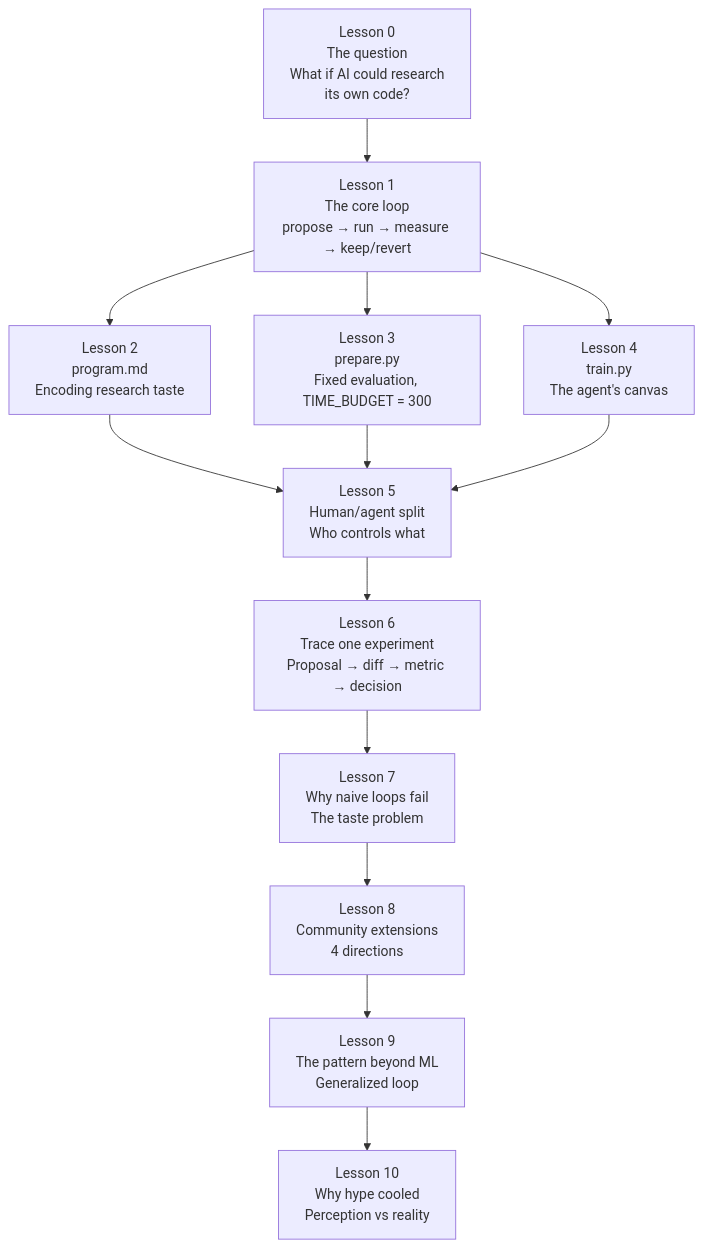
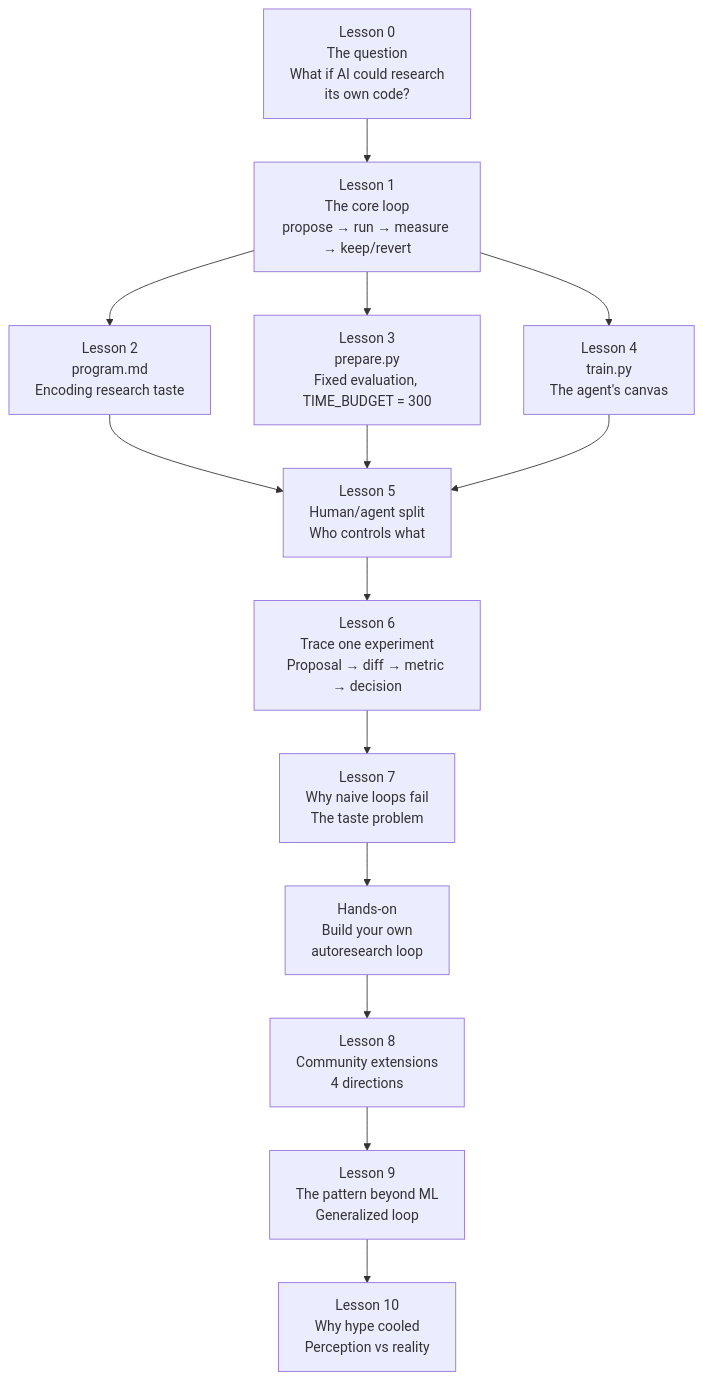
Before and after one commit to thefirehacker/firstbreakai: the first of 12 diagrams in project-watch/autoresearch.qmd, drawn with Mermaid. The commit also changed other lines of this file and 9 other files, not shown here.

````diff
--- a/project-watch/autoresearch.qmd
+++ b/project-watch/autoresearch.qmd
@@ -79,27 +81,29 @@
 ```{mermaid}
 flowchart TD
     L0["Lesson 0<br>The question<br>What if AI could research<br>its own code?"]
     L1["Lesson 1<br>The core loop<br>propose → run → measure → keep/revert"]
     L2["Lesson 2<br>program.md<br>Encoding research taste"]
     L3["Lesson 3<br>prepare.py<br>Fixed evaluation, TIME_BUDGET = 300"]
     L4["Lesson 4<br>train.py<br>The agent's canvas"]
     L5["Lesson 5<br>Human/agent split<br>Who controls what"]
     L6["Lesson 6<br>Trace one experiment<br>Proposal → diff → metric → decision"]
     L7["Lesson 7<br>Why naive loops fail<br>The taste problem"]
+    HO["Hands-on<br>Build your own<br>autoresearch loop"]
     L8["Lesson 8<br>Community extensions<br>4 directions"]
     L9["Lesson 9<br>The pattern beyond ML<br>Generalized loop"]
     L10["Lesson 10<br>Why hype cooled<br>Perception vs reality"]
 
     L0 --> L1
     L1 --> L2
     L1 --> L3
     L1 --> L4
     L2 --> L5
     L3 --> L5
     L4 --> L5
     L5 --> L6
     L6 --> L7
-    L7 --> L8
+    L7 --> HO
+    HO --> L8
     L8 --> L9
     L9 --> L10
 ```
````
